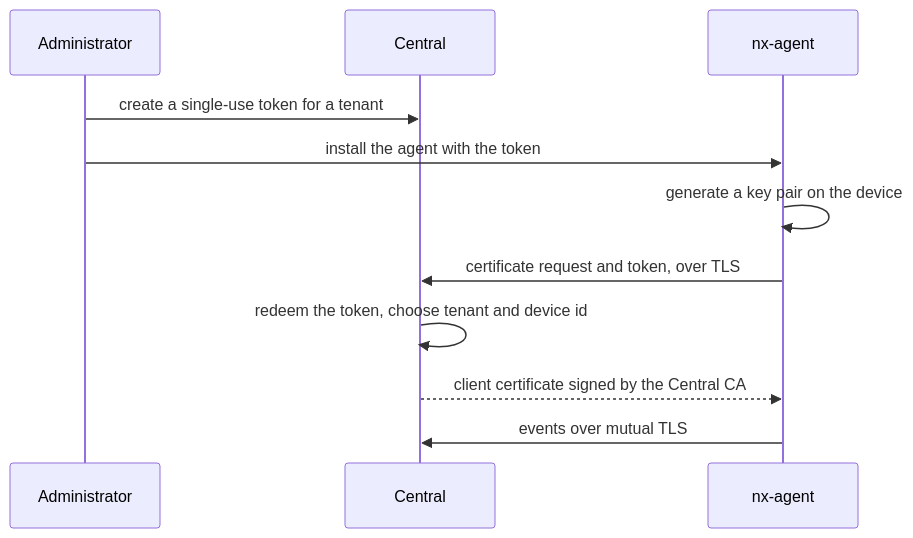
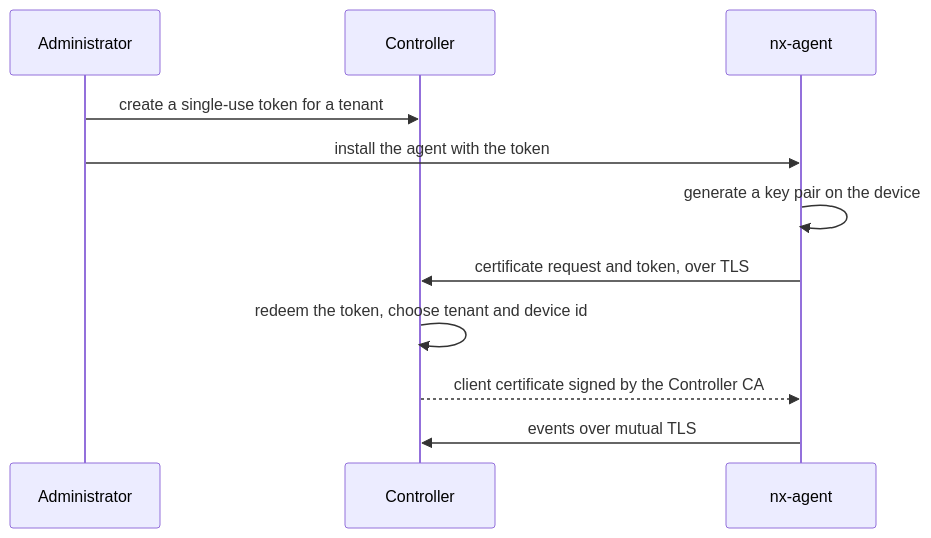
One commit to nexwall/nexwall-endpoint-doc changed the diagram in docs/design/identity-and-tenancy.md. Above: the diagram before and after it, drawn with Mermaid. The commit also changed other lines of this file and 7 other files, not shown here.

First line of the commit message:
Design docs: Central renamed to Controller; status page updated (signed policy, sensor channel, durable queue, batch ingest, updater logic)

````diff
--- a/docs/design/identity-and-tenancy.md
+++ b/docs/design/identity-and-tenancy.md
@@ -12,13 +12,13 @@
 ```mermaid
 sequenceDiagram
   participant Admin as Administrator
-  participant C as Central
+  participant C as Controller
   participant A as nx-agent
   Admin->>C: create a single-use token for a tenant
   Admin->>A: install the agent with the token
   A->>A: generate a key pair on the device
   A->>C: certificate request and token, over TLS
   C->>C: redeem the token, choose tenant and device id
-  C-->>A: client certificate signed by the Central CA
+  C-->>A: client certificate signed by the Controller CA
   A->>C: events over mutual TLS
 ```
````
